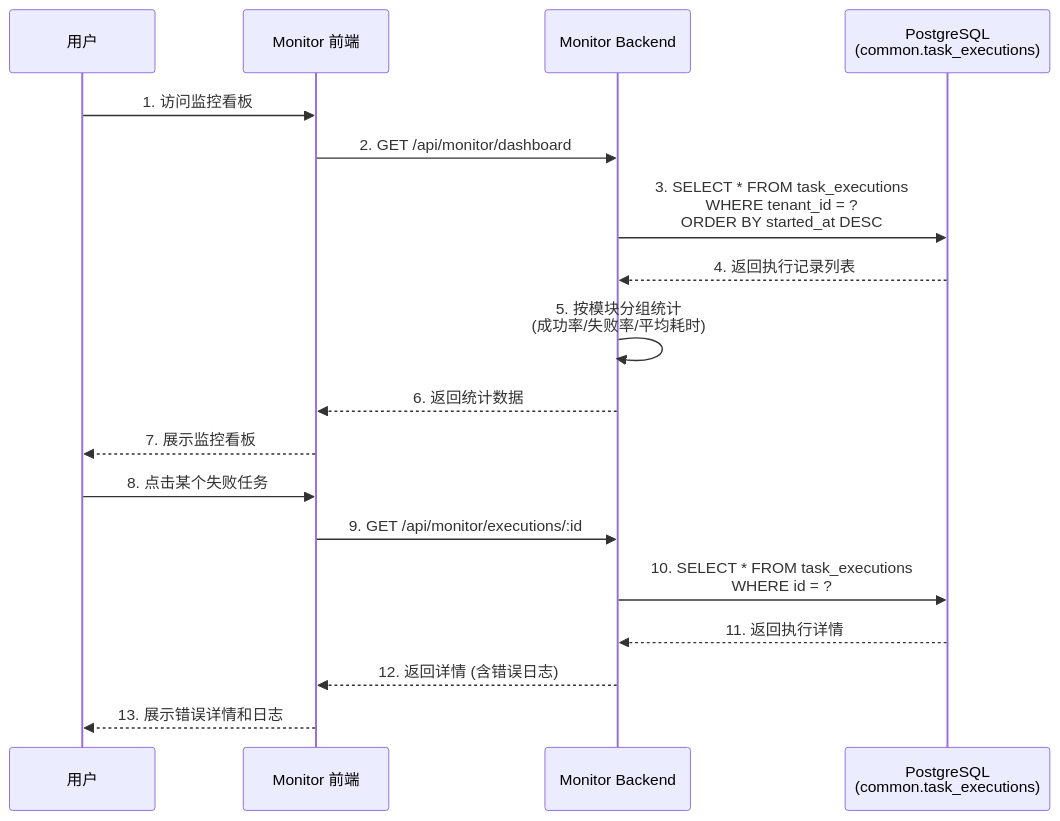
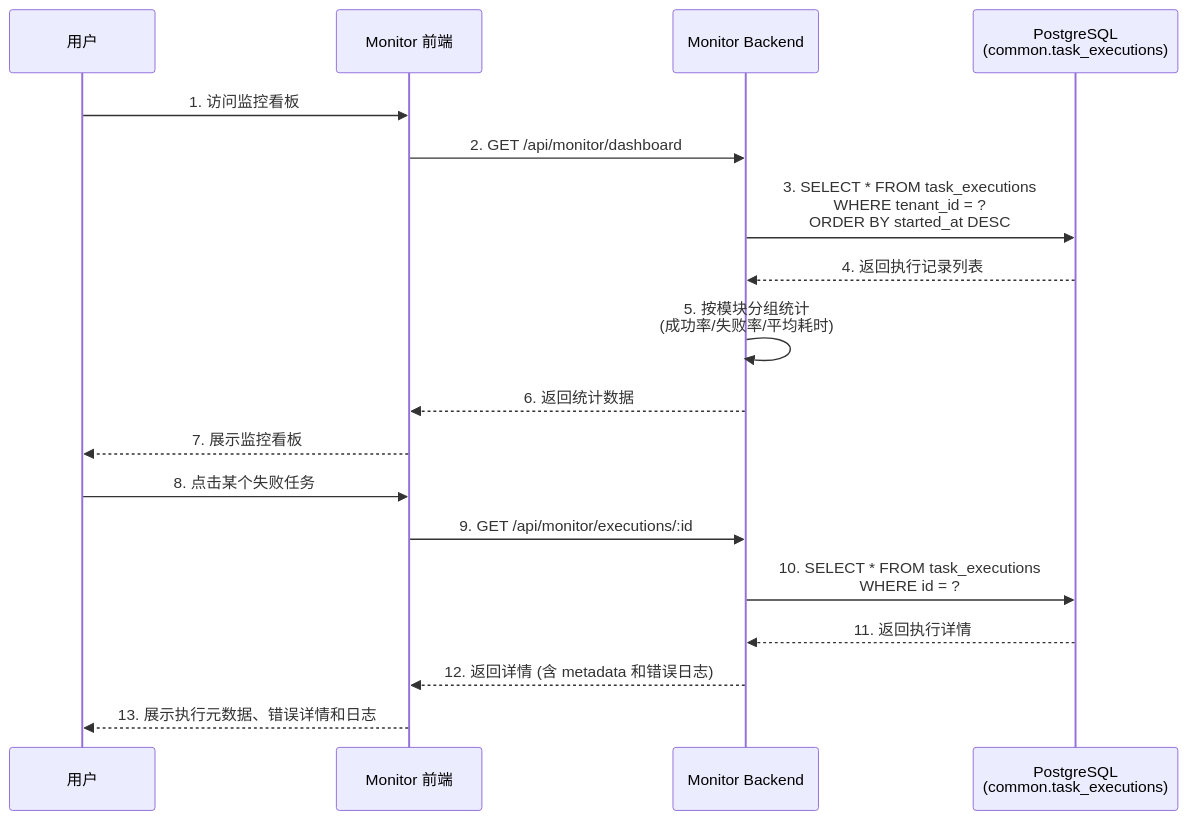
Before and after one commit to pampa0629/addp: the third of 3 diagrams in docs/concepts/addp监控与执行体系图.md, drawn with Mermaid. The commit also changed other lines of this file and 35 other files, not shown here.

````diff
--- a/docs/concepts/addp监控与执行体系图.md
+++ b/docs/concepts/addp监控与执行体系图.md
@@ -166,22 +166,22 @@
 ```mermaid
 sequenceDiagram
     participant User as 用户
     participant Monitor as Monitor 前端
     participant MonitorBE as Monitor Backend
     participant DB as PostgreSQL<br/>(common.task_executions)
 
     User->>Monitor: 1. 访问监控看板
     Monitor->>MonitorBE: 2. GET /api/monitor/dashboard
     MonitorBE->>DB: 3. SELECT * FROM task_executions<br/>WHERE tenant_id = ?<br/>ORDER BY started_at DESC
     DB-->>MonitorBE: 4. 返回执行记录列表
     MonitorBE->>MonitorBE: 5. 按模块分组统计<br/>(成功率/失败率/平均耗时)
     MonitorBE-->>Monitor: 6. 返回统计数据
     Monitor-->>User: 7. 展示监控看板
 
     User->>Monitor: 8. 点击某个失败任务
     Monitor->>MonitorBE: 9. GET /api/monitor/executions/:id
     MonitorBE->>DB: 10. SELECT * FROM task_executions<br/>WHERE id = ?
     DB-->>MonitorBE: 11. 返回执行详情
-    MonitorBE-->>Monitor: 12. 返回详情 (含错误日志)
-    Monitor-->>User: 13. 展示错误详情和日志
+    MonitorBE-->>Monitor: 12. 返回详情 (含 metadata 和错误日志)
+    Monitor-->>User: 13. 展示执行元数据、错误详情和日志
 ```
````
